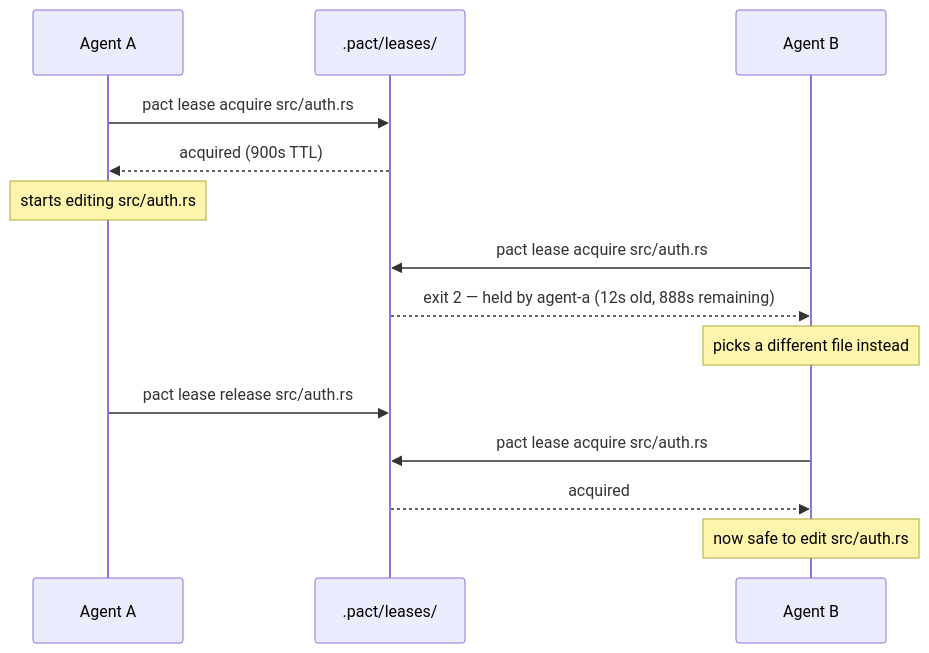
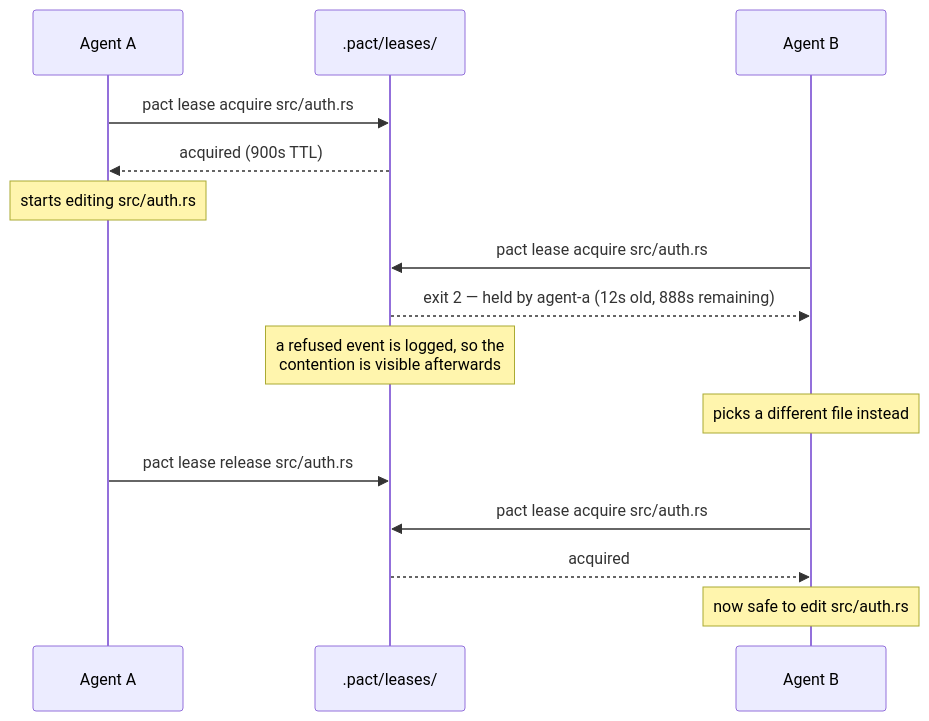
Before and after one commit to chussenot/pact: the first of 2 diagrams in docs/leases.md, drawn with Mermaid. The commit also changed other lines of this file and 16 other files, not shown here.

````diff
--- a/docs/leases.md
+++ b/docs/leases.md
@@ -192,19 +208,20 @@
 ```mermaid
 sequenceDiagram
     participant A as Agent A
     participant L as .pact/leases/
     participant B as Agent B
 
     A->>L: pact lease acquire src/auth.rs
     L-->>A: acquired (900s TTL)
     Note over A: starts editing src/auth.rs
 
     B->>L: pact lease acquire src/auth.rs
     L-->>B: exit 2 — held by agent-a (12s old, 888s remaining)
+    Note over L: a refused event is logged, so the<br/>contention is visible afterwards
     Note over B: picks a different file instead
 
     A->>L: pact lease release src/auth.rs
     B->>L: pact lease acquire src/auth.rs
     L-->>B: acquired
     Note over B: now safe to edit src/auth.rs
 ```
````
